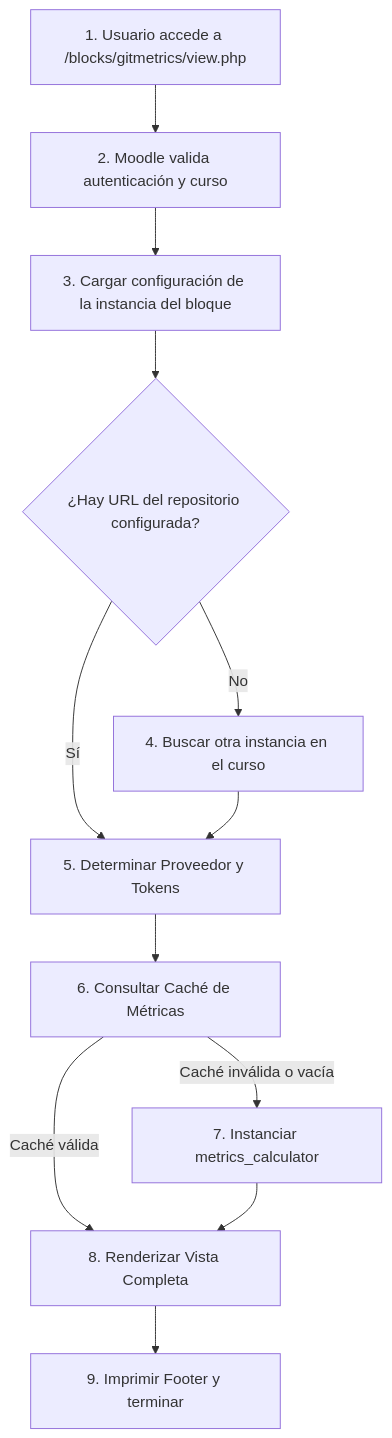
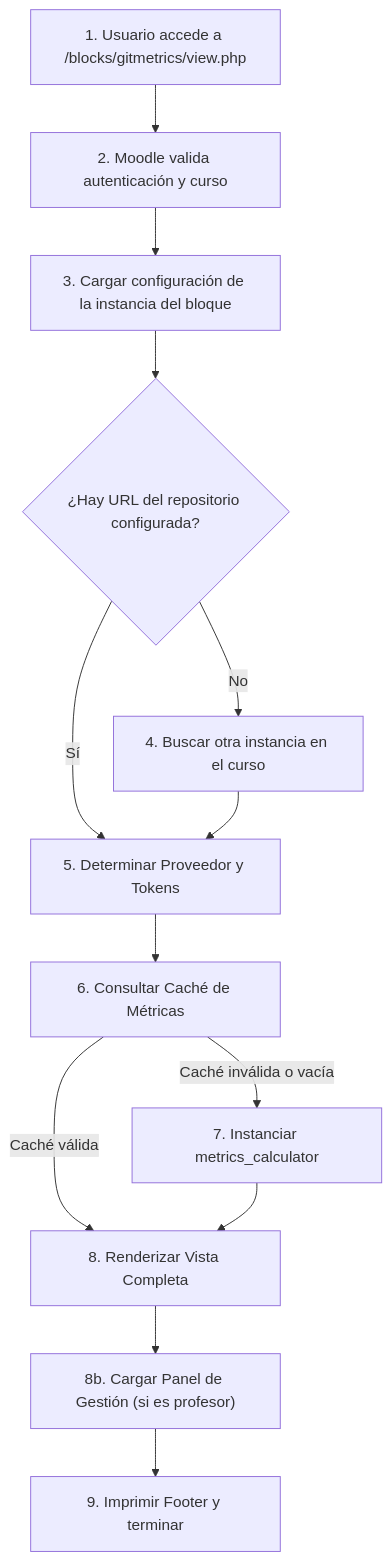
Before and after one commit to julia8873/pluginMoodleMetricas: the diagram in docs/gitmetrics/view.md, drawn with Mermaid. The commit also changed other lines of this file and 60 other files, not shown here.

````diff
--- a/docs/gitmetrics/view.md
+++ b/docs/gitmetrics/view.md
@@ -13,14 +13,15 @@
 ```mermaid
 graph TD
     A["1. Usuario accede a /blocks/gitmetrics/view.php"] --> B["2. Moodle valida autenticación y curso"]
     B --> C["3. Cargar configuración de la instancia del bloque"]
     C --> D{"¿Hay URL del repositorio configurada?"}
     D -->|"No"| E["4. Buscar otra instancia en el curso"]
     D -->|"Sí"| F["5. Determinar Proveedor y Tokens"]
     E --> F
     F --> G["6. Consultar Caché de Métricas"]
     G -->|"Caché inválida o vacía"| H["7. Instanciar metrics_calculator"]
     G -->|"Caché válida"| I["8. Renderizar Vista Completa"]
     H --> I
-    I --> J["9. Imprimir Footer y terminar"]
+    I --> I2["8b. Cargar Panel de Gestión (si es profesor)"]
+    I2 --> J["9. Imprimir Footer y terminar"]
 ```
````
